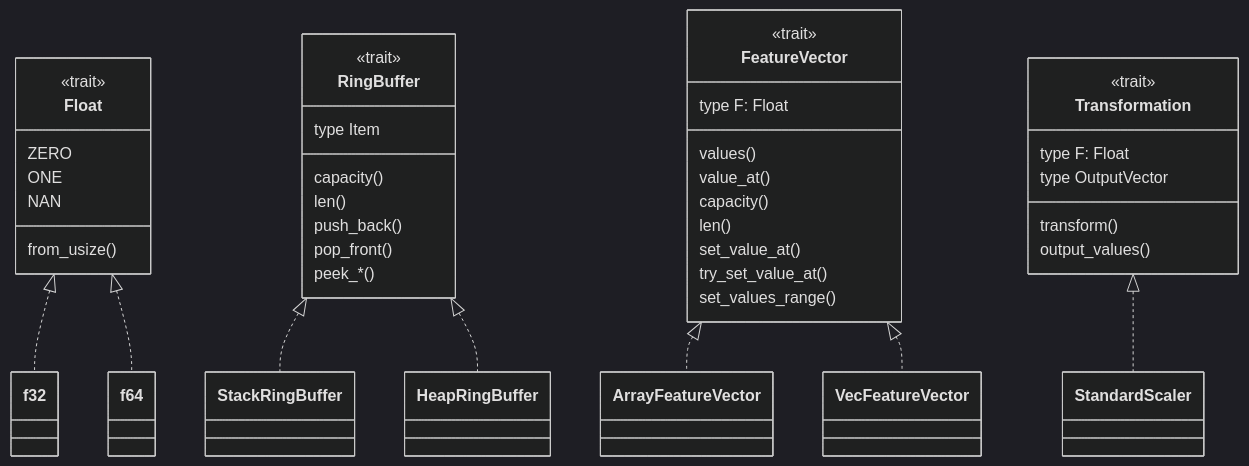
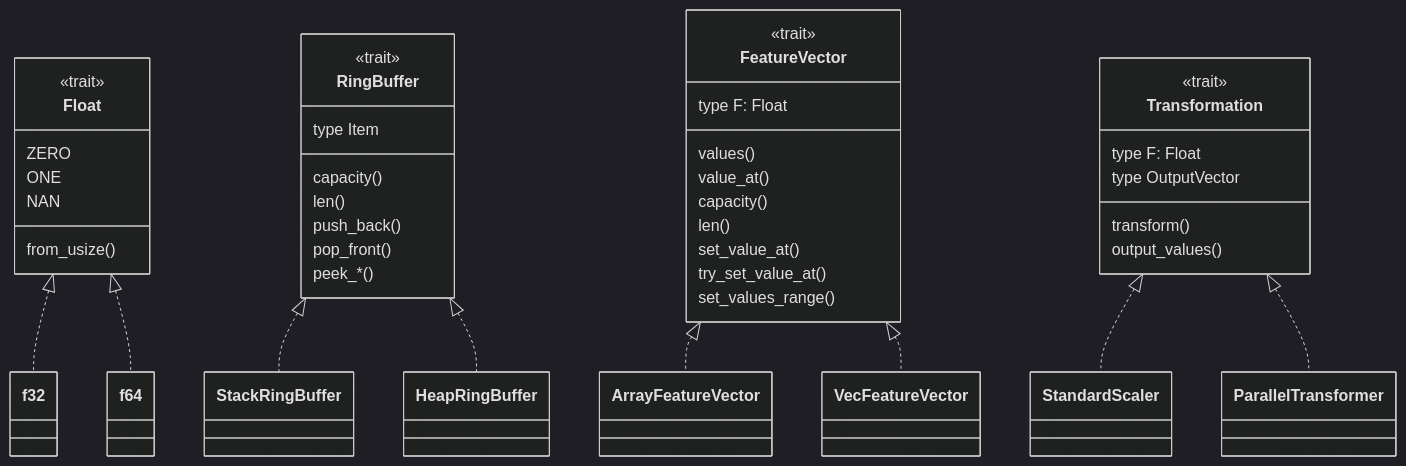
The second of 7 diagrams in docs/project-schema.md (pbezglasny/fiml), drawn with Mermaid (dark theme) before and after one commit. The commit also changed other lines of this file and 3 other files, not shown here.

````diff
--- a/docs/project-schema.md
+++ b/docs/project-schema.md
@@ -49,47 +49,48 @@
 ```mermaid
 classDiagram
     class Float {
         <<trait>>
         ZERO
         ONE
         NAN
         from_usize()
     }
     Float <|.. f32
     Float <|.. f64
 
     class RingBuffer {
         <<trait>>
         type Item
         capacity()
         len()
         push_back()
         pop_front()
         peek_*()
     }
     RingBuffer <|.. StackRingBuffer
     RingBuffer <|.. HeapRingBuffer
 
     class FeatureVector {
         <<trait>>
         type F: Float
         values()
         value_at()
         capacity()
         len()
         set_value_at()
         try_set_value_at()
         set_values_range()
     }
     FeatureVector <|.. ArrayFeatureVector
     FeatureVector <|.. VecFeatureVector
 
     class Transformation {
         <<trait>>
         type F: Float
         type OutputVector
         transform()
         output_values()
     }
     Transformation <|.. StandardScaler
+    Transformation <|.. ParallelTransformer
 ```
````
